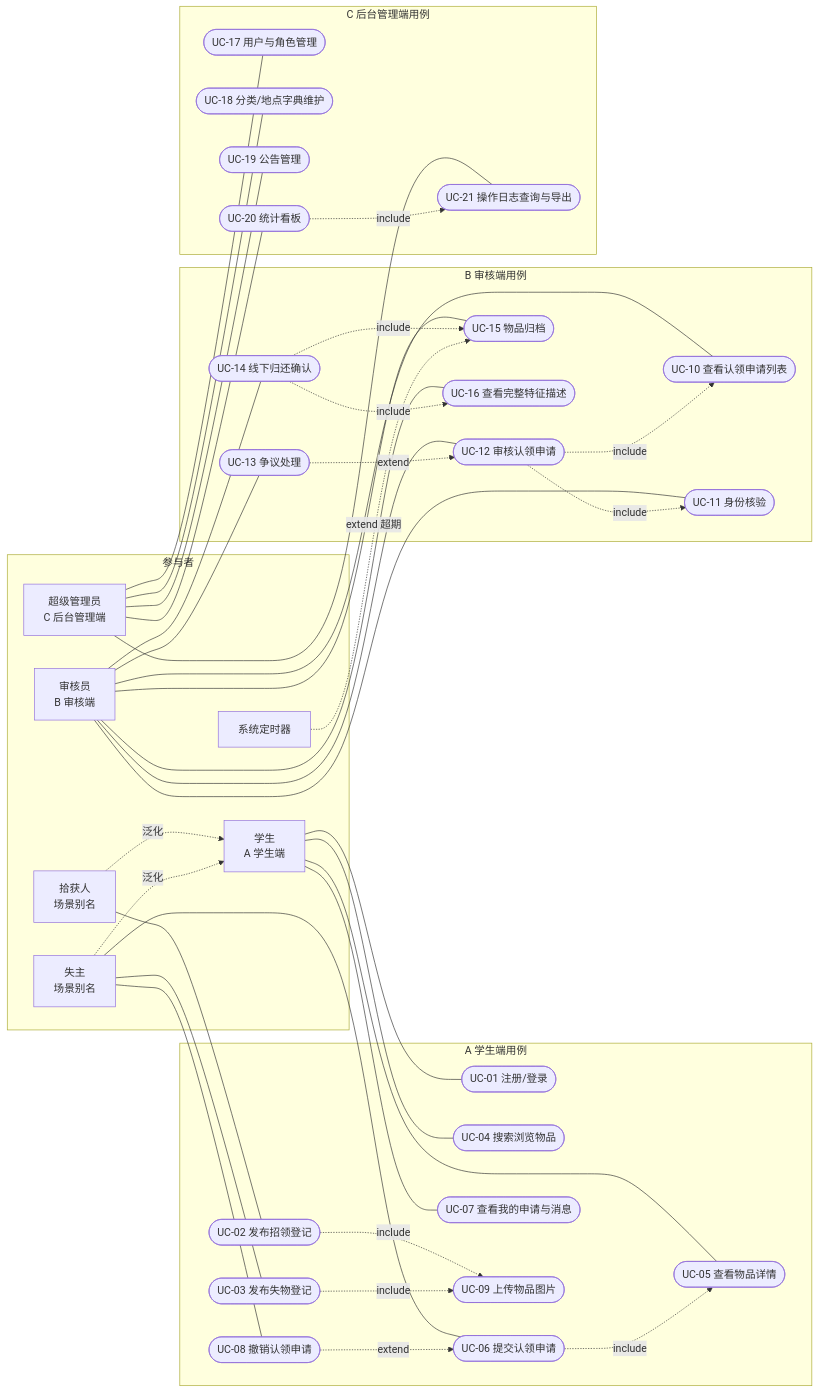
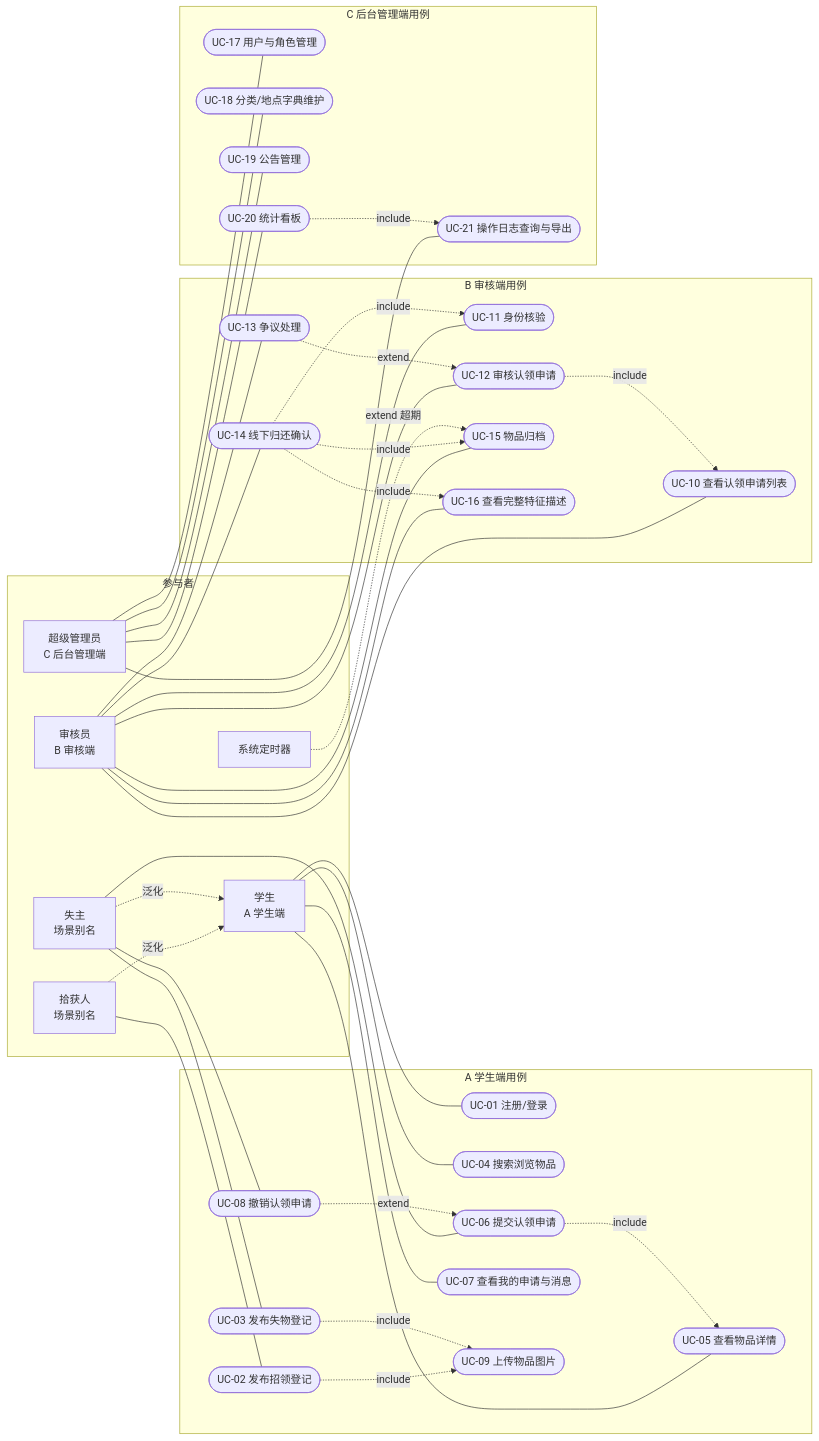
One commit to wbdgbkbdjsj/campus-lost-and-found changed the first of 3 diagrams in 校园失物招领-第2组/01_批次0-阴亮/用例图.md. Above: the diagram before and after it, drawn with Mermaid. The commit also changed other lines of this file and 17 other files, not shown here.

Commit message:
docs+feat(阴亮/终审): 定稿需求与总体设计材料、需求4图；纳入可运行源码交付物与24项冒烟全绿证据；补功能实践总表与测试报告回填块

````diff
--- a/校园失物招领-第2组/01_批次0-阴亮/用例图.md
+++ b/校园失物招领-第2组/01_批次0-阴亮/用例图.md
@@ -83,78 +83,78 @@
 ```mermaid
 flowchart LR
   subgraph ACT["参与者"]
     STU["学生<br/>A 学生端"]
     FIND["拾获人<br/>场景别名"]
     OWN["失主<br/>场景别名"]
     AUD["审核员<br/>B 审核端"]
     ADM["超级管理员<br/>C 后台管理端"]
     TIMER["系统定时器"]
   end
 
   subgraph A["A 学生端用例"]
     UC01(["UC-01 注册/登录"])
     UC02(["UC-02 发布招领登记"])
     UC03(["UC-03 发布失物登记"])
     UC04(["UC-04 搜索浏览物品"])
     UC05(["UC-05 查看物品详情"])
     UC06(["UC-06 提交认领申请"])
     UC07(["UC-07 查看我的申请与消息"])
     UC08(["UC-08 撤销认领申请"])
     UC09(["UC-09 上传物品图片"])
   end
 
   subgraph B["B 审核端用例"]
     UC10(["UC-10 查看认领申请列表"])
     UC11(["UC-11 身份核验"])
     UC12(["UC-12 审核认领申请"])
     UC13(["UC-13 争议处理"])
     UC14(["UC-14 线下归还确认"])
     UC15(["UC-15 物品归档"])
     UC16(["UC-16 查看完整特征描述"])
   end
 
   subgraph C["C 后台管理端用例"]
     UC17(["UC-17 用户与角色管理"])
     UC18(["UC-18 分类/地点字典维护"])
     UC19(["UC-19 公告管理"])
     UC20(["UC-20 统计看板"])
     UC21(["UC-21 操作日志查询与导出"])
   end
 
   FIND -.->|泛化| STU
   OWN -.->|泛化| STU
 
   STU --- UC01
   FIND --- UC02
   OWN --- UC03
   STU --- UC04
   STU --- UC05
   OWN --- UC06
   STU --- UC07
   OWN --- UC08
   UC02 -.->|include| UC09
   UC03 -.->|include| UC09
   UC06 -.->|include| UC05
   UC08 -.->|extend| UC06
 
   AUD --- UC10
   AUD --- UC11
   AUD --- UC12
   AUD --- UC13
   AUD --- UC14
   AUD --- UC15
   AUD --- UC16
-  UC12 -.->|include| UC11
+  UC14 -.->|include| UC11
   UC12 -.->|include| UC10
   UC13 -.->|extend| UC12
   UC14 -.->|include| UC16
   UC14 -.->|include| UC15
   TIMER -.->|extend 超期| UC15
 
   ADM --- UC17
   ADM --- UC18
   ADM --- UC19
   ADM --- UC20
   ADM --- UC21
   UC20 -.->|include| UC21
 ```
````
